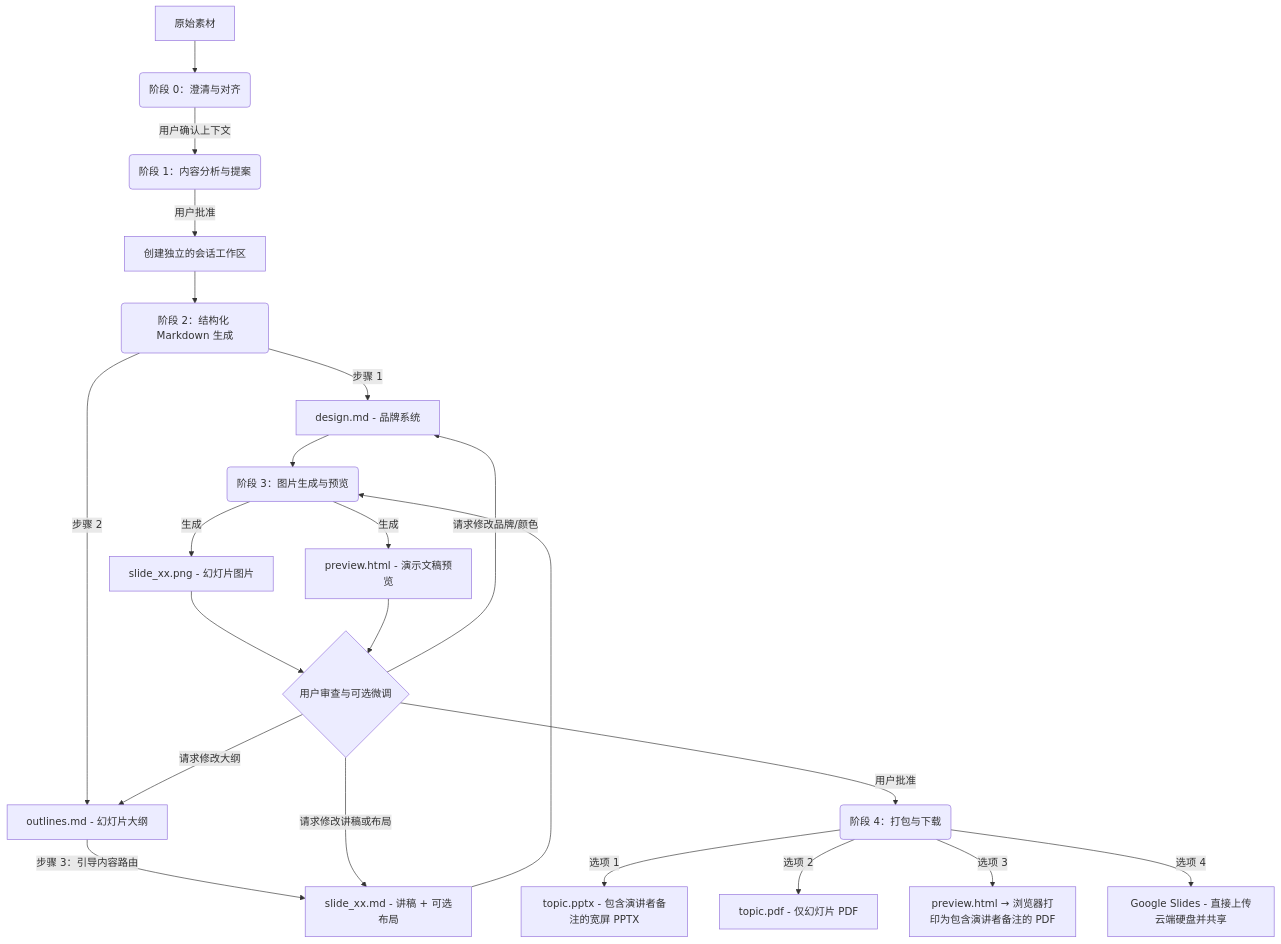
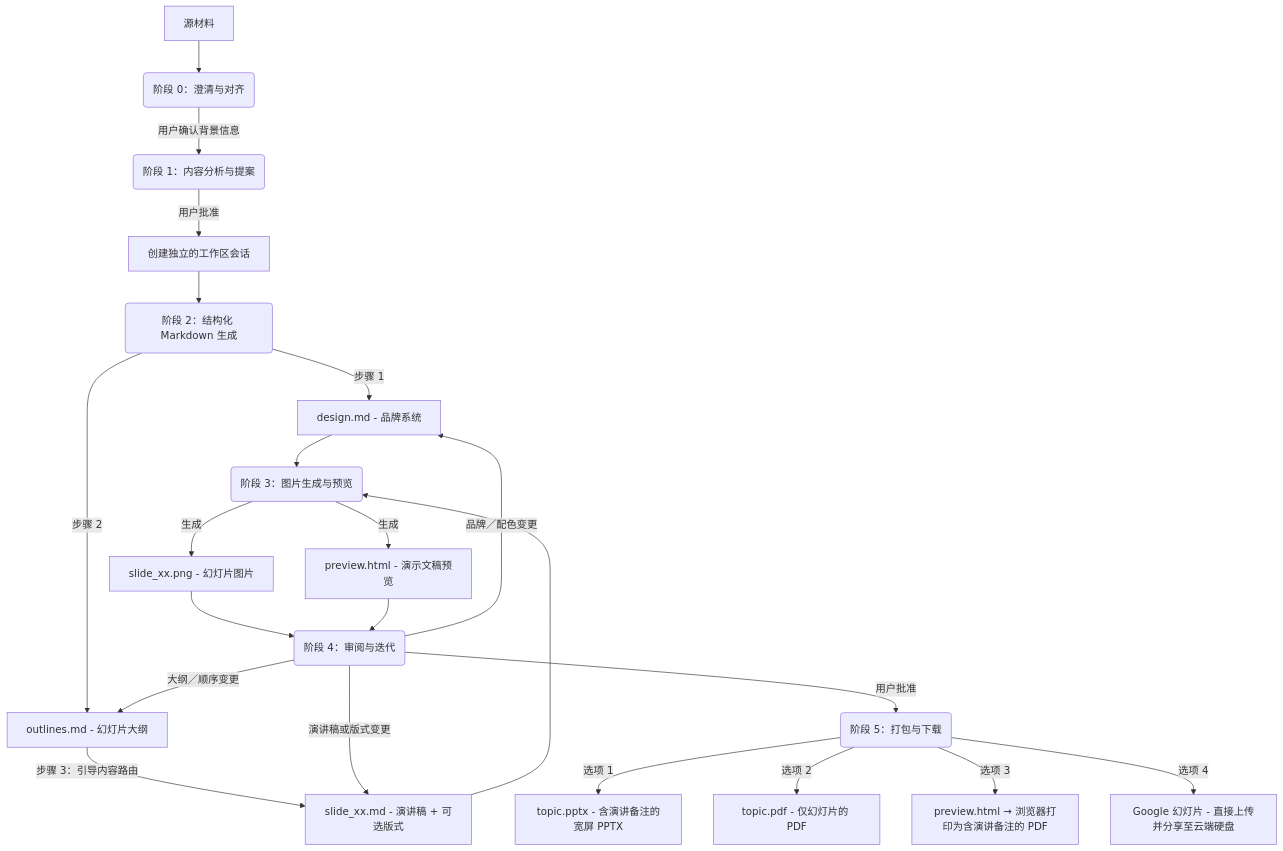
One commit to sylphlin/slide-gen-agent changed the diagram in README.zh-CN.md. Above: the diagram before and after it, drawn with Mermaid. The commit also changed other lines of this file and 4 other files, not shown here.

````diff
--- a/README.zh-CN.md
+++ b/README.zh-CN.md
@@ -23,27 +23,27 @@
 ```mermaid
 graph TD
-    A[原始素材] --> A0(阶段 0：澄清与对齐)
-    A0 -->|用户确认上下文| B(阶段 1：内容分析与提案)
-    B -->|用户批准| C[创建独立的会话工作区]
+    A[源材料] --> A0(阶段 0：澄清与对齐)
+    A0 -->|用户确认背景信息| B(阶段 1：内容分析与提案)
+    B -->|用户批准| C[创建独立的工作区会话]
     C --> D(阶段 2：结构化 Markdown 生成)
-    
+
     D -->|步骤 1| E1[design.md - 品牌系统]
     D -->|步骤 2| E2[outlines.md - 幻灯片大纲]
-    E2 -->|步骤 3：引导内容路由| E3[slide_xx.md - 讲稿 + 可选布局]
-    
+    E2 -->|步骤 3：引导内容路由| E3[slide_xx.md - 演讲稿 + 可选版式]
+
     E1 & E3 --> F(阶段 3：图片生成与预览)
     F -->|生成| G1[slide_xx.png - 幻灯片图片]
     F -->|生成| G2[preview.html - 演示文稿预览]
-    
-    G1 & G2 --> H{用户审查与可选微调}
-    
-    H -->|请求修改讲稿或布局| E3
-    H -->|请求修改大纲| E2
-    H -->|请求修改品牌/颜色| E1
-    
-    H -->|用户批准| I(阶段 4：打包与下载)
-    I -->|选项 1| J[topic.pptx - 包含演讲者备注的宽屏 PPTX]
-    I -->|选项 2| K[topic.pdf - 仅幻灯片 PDF]
-    I -->|选项 3| L[preview.html → 浏览器打印为包含演讲者备注的 PDF]
-    I -->|选项 4| M[Google Slides - 直接上传云端硬盘并共享]
+
+    G1 & G2 --> H(阶段 4：审阅与迭代)
+
+    H -->|演讲稿或版式变更| E3
+    H -->|大纲／顺序变更| E2
+    H -->|品牌／配色变更| E1
+
+    H -->|用户批准| I(阶段 5：打包与下载)
+    I -->|选项 1| J[topic.pptx - 含演讲备注的宽屏 PPTX]
+    I -->|选项 2| K[topic.pdf - 仅幻灯片的 PDF]
+    I -->|选项 3| L[preview.html → 浏览器打印为含演讲备注的 PDF]
+    I -->|选项 4| M[Google 幻灯片 - 直接上传并分享至云端硬盘]
 ```
````
